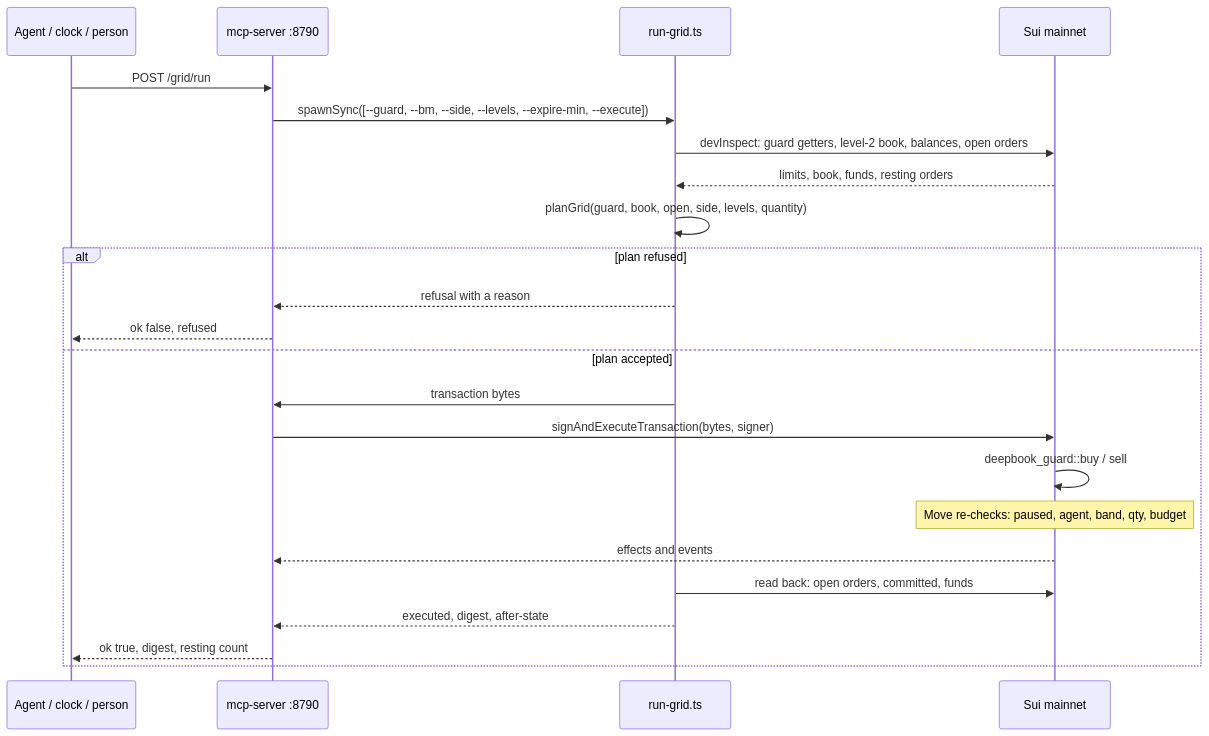
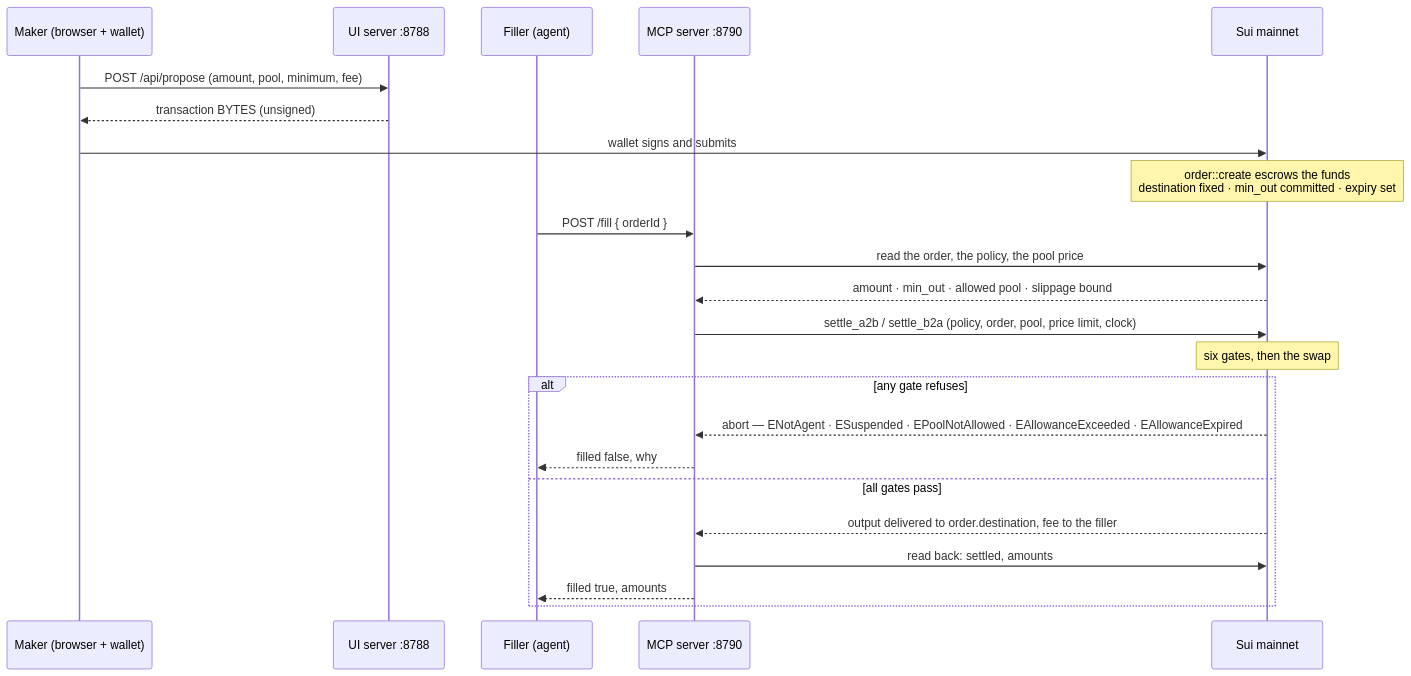
Before and after one commit to Jarekkkkk/suidobashi: the third of 3 diagrams in docs/TALENT-AND-BOUNDARY.md, drawn with Mermaid. The commit also changed other lines of this file and 1 other file, not shown here.

````diff
--- a/docs/TALENT-AND-BOUNDARY.md
+++ b/docs/TALENT-AND-BOUNDARY.md
@@ -109,26 +112,27 @@
 ```mermaid
 sequenceDiagram
-    participant A as Agent / clock / person
-    participant M as mcp-server :8790
-    participant R as run-grid.ts
+    participant M as Maker (browser + wallet)
+    participant U as UI server :8788
+    participant A as Filler (agent)
+    participant S as MCP server :8790
     participant C as Sui mainnet
 
-    A->>M: POST /grid/run
-    M->>R: spawnSync([--guard, --bm, --side, --levels, --expire-min, --execute])
-    R->>C: devInspect: guard getters, level-2 book, balances, open orders
-    C-->>R: limits, book, funds, resting orders
-    R->>R: planGrid(guard, book, open, side, levels, quantity)
-    alt plan refused
-        R-->>M: refusal with a reason
-        M-->>A: ok false, refused
-    else plan accepted
-        R->>M: transaction bytes
-        M->>C: signAndExecuteTransaction(bytes, signer)
-        C->>C: deepbook_guard::buy / sell
-        Note over C: Move re-checks: paused, agent, band, qty, budget
-        C-->>M: effects and events
-        R->>C: read back: open orders, committed, funds
-        R-->>M: executed, digest, after-state
-        M-->>A: ok true, digest, resting count
+    M->>U: POST /api/propose (amount, pool, minimum, fee)
+    U-->>M: transaction BYTES (unsigned)
+    M->>C: wallet signs and submits
+    Note over C: order::create escrows the funds<br/>destination fixed · min_out committed · expiry set
+
+    A->>S: POST /fill { orderId }
+    S->>C: read the order, the policy, the pool price
+    C-->>S: amount · min_out · allowed pool · slippage bound
+    S->>C: settle_a2b / settle_b2a (policy, order, pool, price limit, clock)
+    Note over C: six gates, then the swap
+    alt any gate refuses
+        C-->>S: abort — ENotAgent · ESuspended · EPoolNotAllowed · EAllowanceExceeded · EAllowanceExpired
+        S-->>A: filled false, why
+    else all gates pass
+        C-->>S: output delivered to order.destination, fee to the filler
+        S->>C: read back: settled, amounts
+        S-->>A: filled true, amounts
     end
 ```
````
